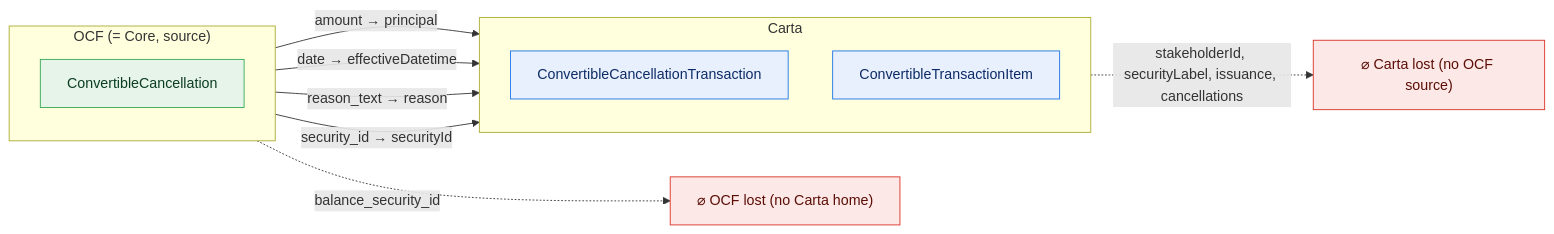
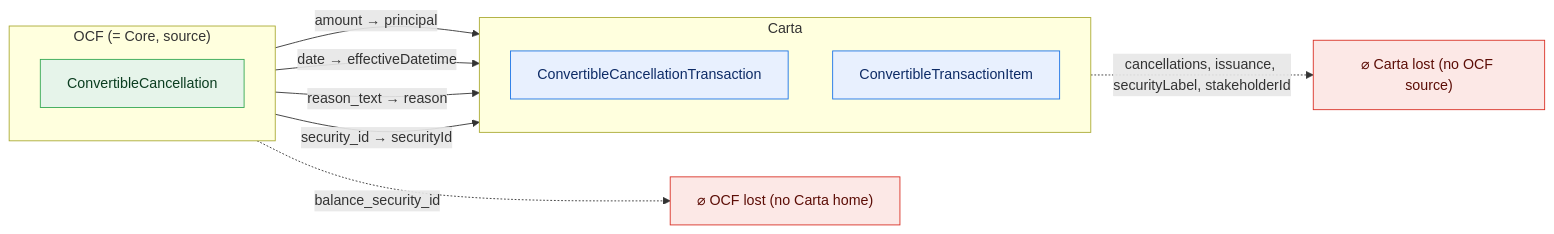
Diagram 14 of 47 in docs/core-bidirectional-flow.md (Open-Cap-Table-Coalition/OCF-Composed-Schemas), drawn with Mermaid before and after one commit. The commit also changed other lines of this file and 7 other files, not shown here.

````diff
--- a/docs/core-bidirectional-flow.md
+++ b/docs/core-bidirectional-flow.md
@@ -468,24 +491,24 @@
 ```mermaid
 flowchart LR
   classDef adm fill:#e6f4ea,stroke:#34a853,color:#0b3d20;
   classDef notadm fill:#f1f3f4,stroke:#9aa0a6,color:#5f6368,stroke-dasharray:4 3;
   classDef carta fill:#e8f0fe,stroke:#1a73e8,color:#0d2b66;
   classDef lost fill:#fce8e6,stroke:#d93025,color:#5c0d06;
   subgraph SRC["OCF (= Core, source)"]
     direction TB
     o0["ConvertibleCancellation"]:::adm
   end
   subgraph TGT["Carta"]
     direction TB
     t0["ConvertibleCancellationTransaction"]:::carta
     t1["ConvertibleTransactionItem"]:::carta
   end
   ocflost["⌀ OCF lost (no Carta home)"]:::lost
   cartalost["⌀ Carta lost (no OCF source)"]:::lost
   o0 -->|"amount → principal"| t0
   o0 -->|"date → effectiveDatetime"| t0
   o0 -->|"reason_text → reason"| t0
   o0 -->|"security_id → securityId"| t1
   o0 -.->|"balance_security_id"| ocflost
-  t1 -.->|"stakeholderId, securityLabel, issuance, cancellations"| cartalost
+  t1 -.->|"cancellations, issuance, securityLabel, stakeholderId"| cartalost
 ```
````
